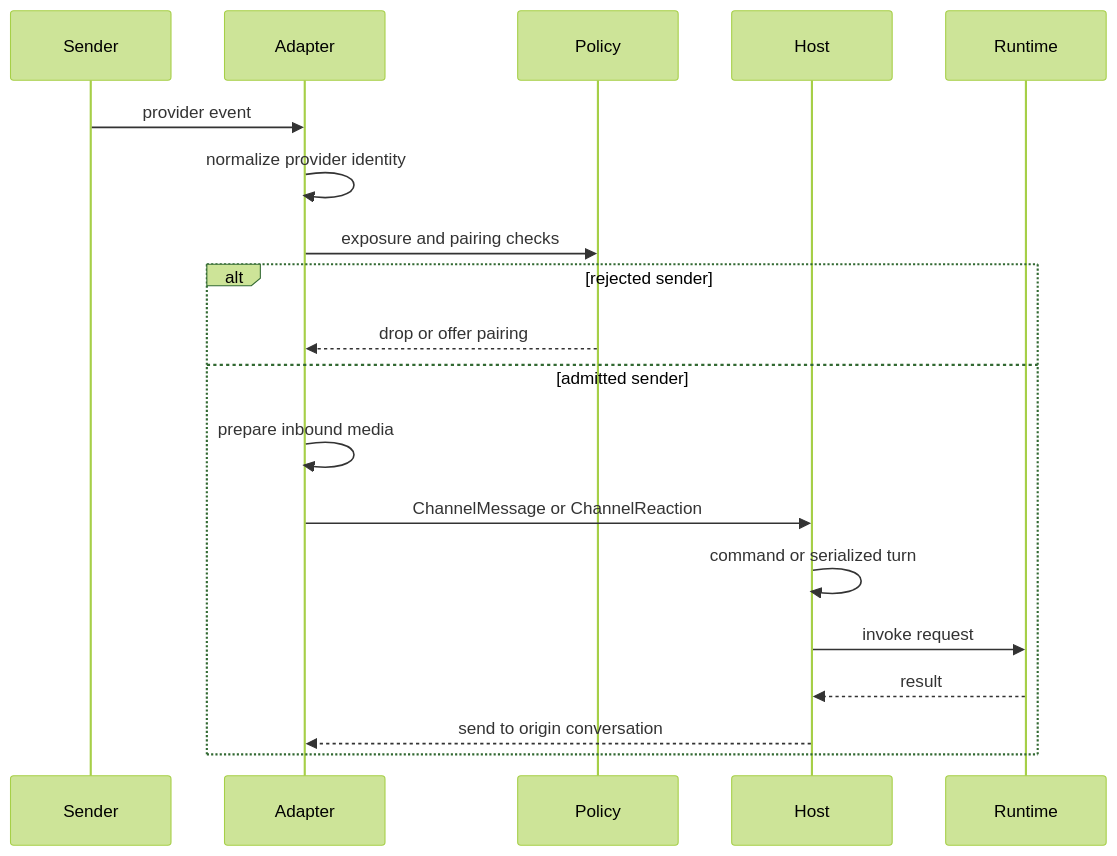
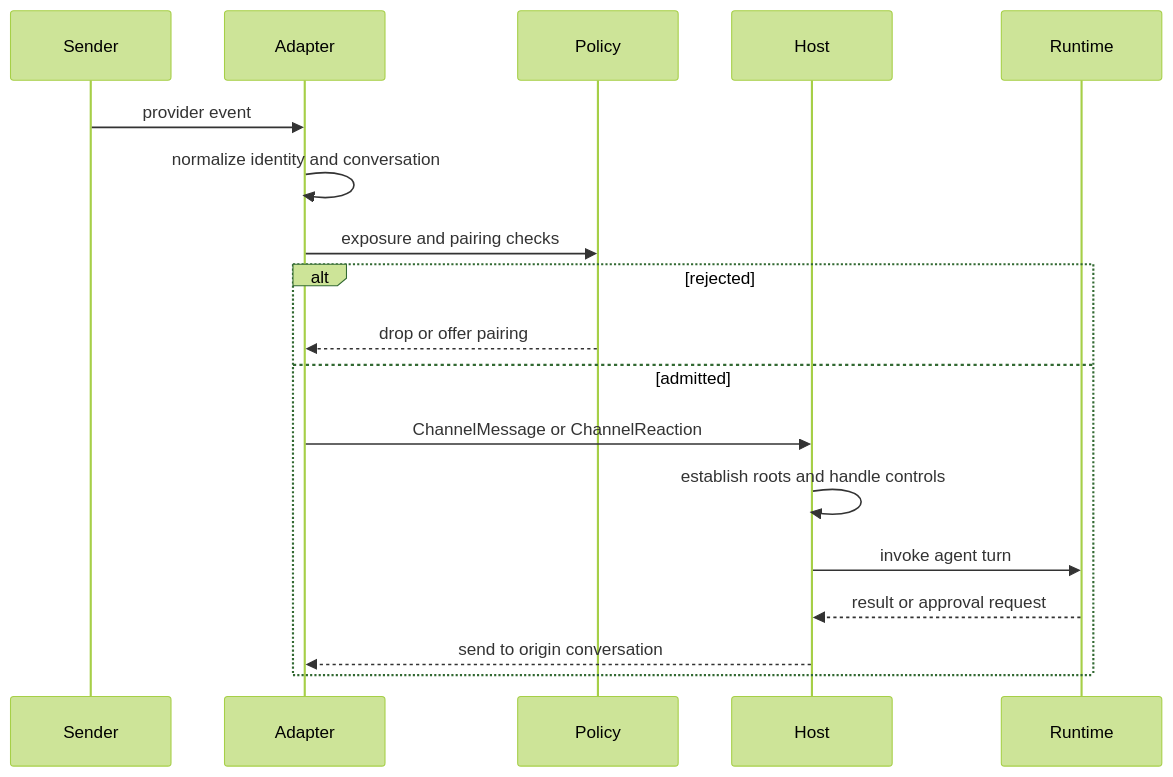
Before and after one commit to langchain-ai/deepagents: the diagram in openwiki/concepts/talon-channel-admission.md, drawn with Mermaid (forest theme). The commit also changed other lines of this file and 43 other files, not shown here.

````diff
--- a/openwiki/concepts/talon-channel-admission.md
+++ b/openwiki/concepts/talon-channel-admission.md
@@ -45,22 +51,21 @@
 ```mermaid
 sequenceDiagram
     participant Sender
     participant Adapter
     participant Policy
     participant Host
     participant Runtime
 
     Sender->>Adapter: provider event
-    Adapter->>Adapter: normalize provider identity
+    Adapter->>Adapter: normalize identity and conversation
     Adapter->>Policy: exposure and pairing checks
-    alt rejected sender
+    alt rejected
         Policy-->>Adapter: drop or offer pairing
-    else admitted sender
-        Adapter->>Adapter: prepare inbound media
+    else admitted
         Adapter->>Host: ChannelMessage or ChannelReaction
-        Host->>Host: command or serialized turn
-        Host->>Runtime: invoke request
-        Runtime-->>Host: result
+        Host->>Host: establish roots and handle controls
+        Host->>Runtime: invoke agent turn
+        Runtime-->>Host: result or approval request
         Host-->>Adapter: send to origin conversation
     end
 ```
````
